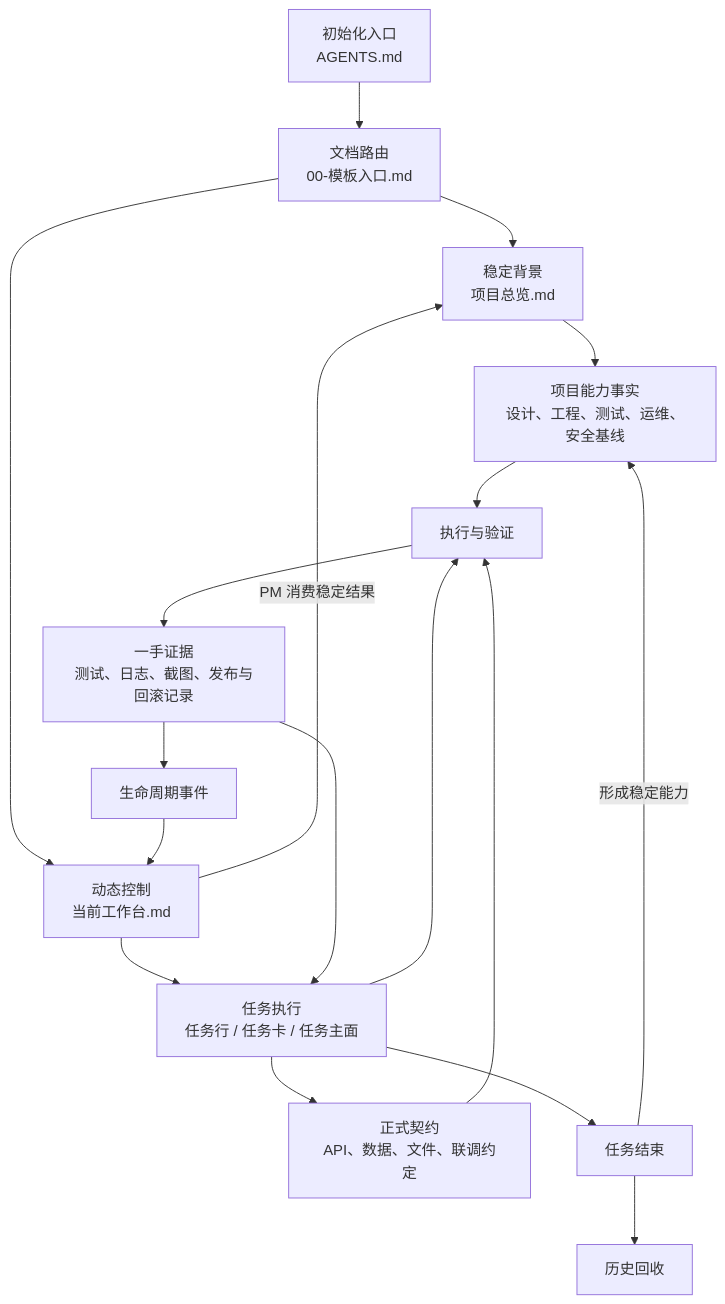
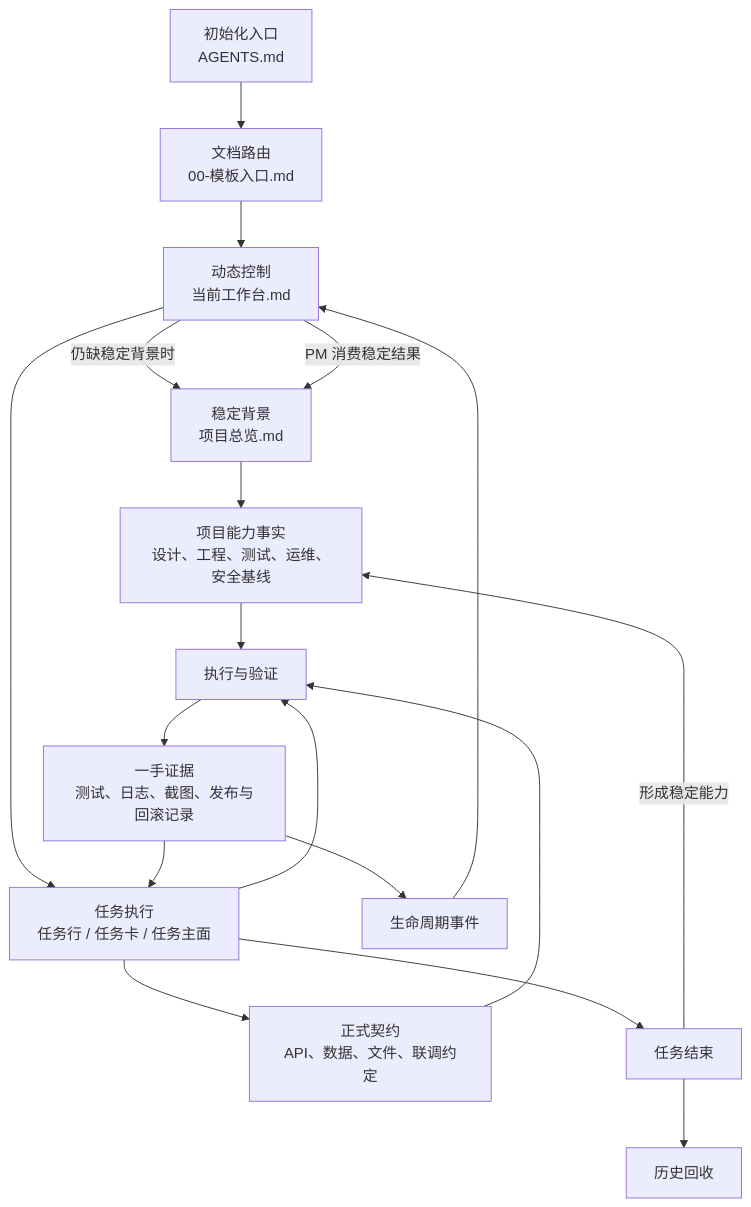
One commit to adubeyond/beyond-ai-collaboration changed the second of 8 diagrams in docs/系统架构与运行机制.md. Above: the diagram before and after it, drawn with Mermaid. The commit also changed other lines of this file and 60 other files, not shown here.

````diff
--- a/docs/系统架构与运行机制.md
+++ b/docs/系统架构与运行机制.md
@@ -102,24 +113,24 @@
 ```mermaid
 flowchart TD
     A["初始化入口\nAGENTS.md"] --> B["文档路由\n00-模板入口.md"]
-    B --> C["稳定背景\n项目总览.md"]
     B --> D["动态控制\n当前工作台.md"]
+    D -->|"仍缺稳定背景时"| C["稳定背景\n项目总览.md"]
 
     D --> E["任务执行\n任务行 / 任务卡 / 任务主面"]
     C --> F["项目能力事实\n设计、工程、测试、运维、安全基线"]
     E --> G["正式契约\nAPI、数据、文件、联调约定"]
 
     F --> H["执行与验证"]
     G --> H
     E --> H
 
     H --> I["一手证据\n测试、日志、截图、发布与回滚记录"]
     I --> E
     I --> J["生命周期事件"]
     J --> D
 
     E --> K["任务结束"]
     K --> L["历史回收"]
     K -->|"形成稳定能力"| F
     D -->|"PM 消费稳定结果"| C
 ```
````
